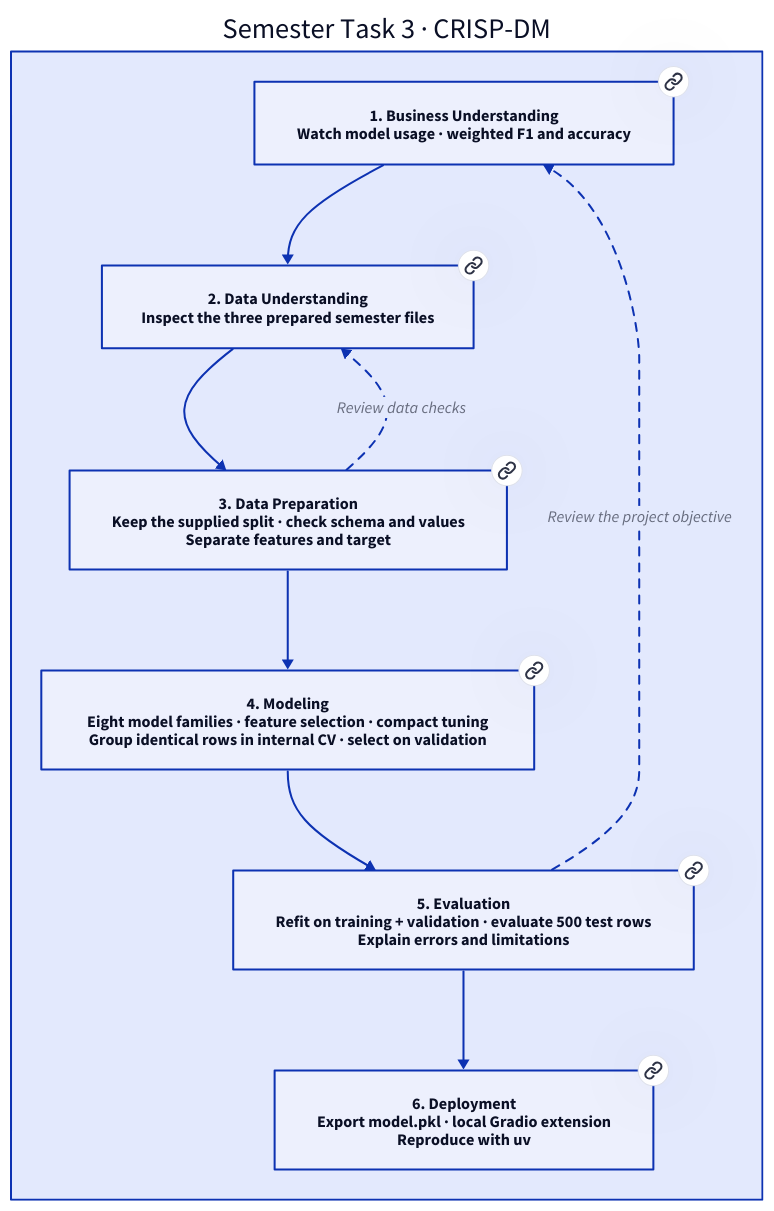
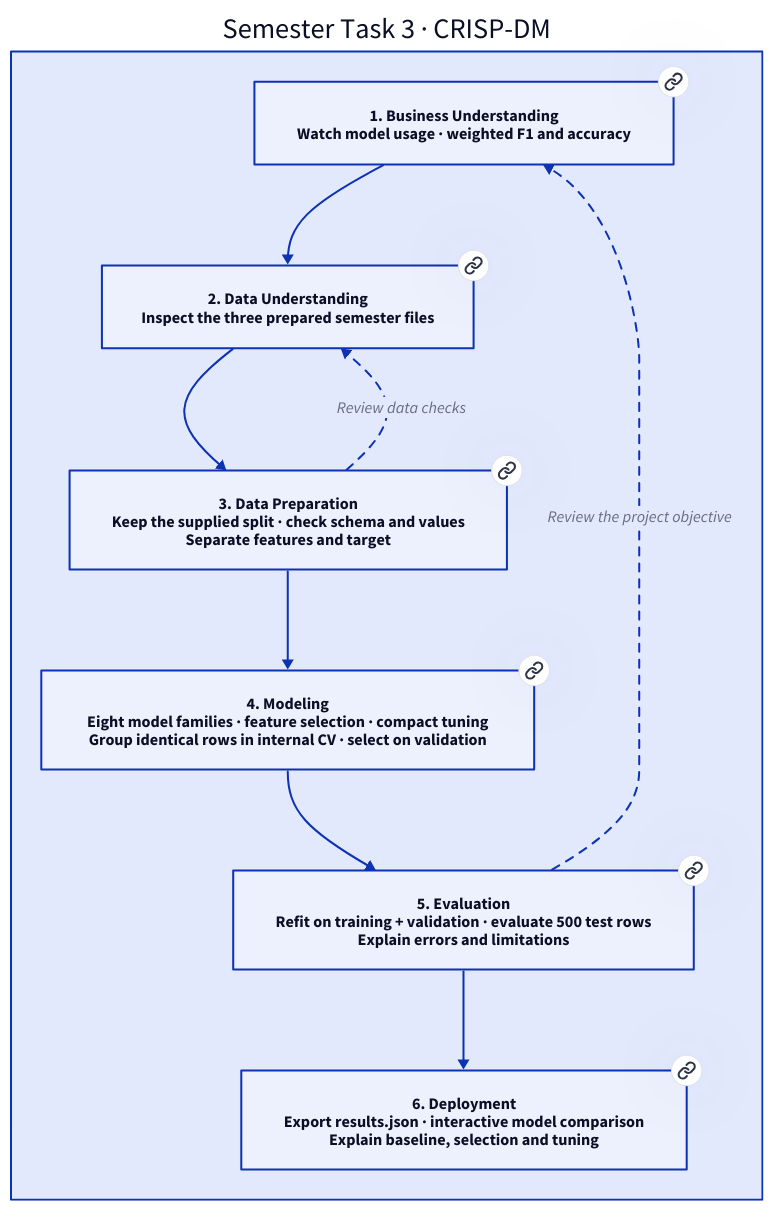
The diagram in docs/process.d2 (crnly/data-science-module-s4), drawn with D2 before and after one commit. The commit also changed 11 other files, not shown here.

Commit message:
Replace prediction demo with an interactive model comparison explorer

```diff
--- a/docs/process.d2
+++ b/docs/process.d2
@@ -1,14 +1,14 @@
 vars: {d2-config: {layout-engine: dagre; theme-id: 0}}
 direction: down
 process: "Semester Task 3 · CRISP-DM" {
   direction: down
   p1: "1. Business Understanding\nWatch model usage · weighted F1 and accuracy" {link: "../data_science.ipynb#phase-1"}
   p2: "2. Data Understanding\nInspect the three prepared semester files" {link: "../data_science.ipynb#phase-2"}
   p3: "3. Data Preparation\nKeep the supplied split · check schema and values\nSeparate features and target" {link: "../data_science.ipynb#phase-3"}
   p4: "4. Modeling\nEight model families · feature selection · compact tuning\nGroup identical rows in internal CV · select on validation" {link: "../data_science.ipynb#phase-4"}
   p5: "5. Evaluation\nRefit on training + validation · evaluate 500 test rows\nExplain errors and limitations" {link: "../data_science.ipynb#phase-5"}
-  p6: "6. Deployment\nExport model.pkl · local Gradio extension\nReproduce with uv" {link: "../data_science.ipynb#phase-6"}
+  p6: "6. Deployment\nExport results.json · interactive model comparison\nExplain baseline, selection and tuning" {link: "../data_science.ipynb#phase-6"}
   p1 -> p2 -> p3 -> p4 -> p5 -> p6
   p3 -> p2: "Review data checks" {style.stroke-dash: 4}
   p5 -> p1: "Review the project objective" {style.stroke-dash: 4}
 }
```
